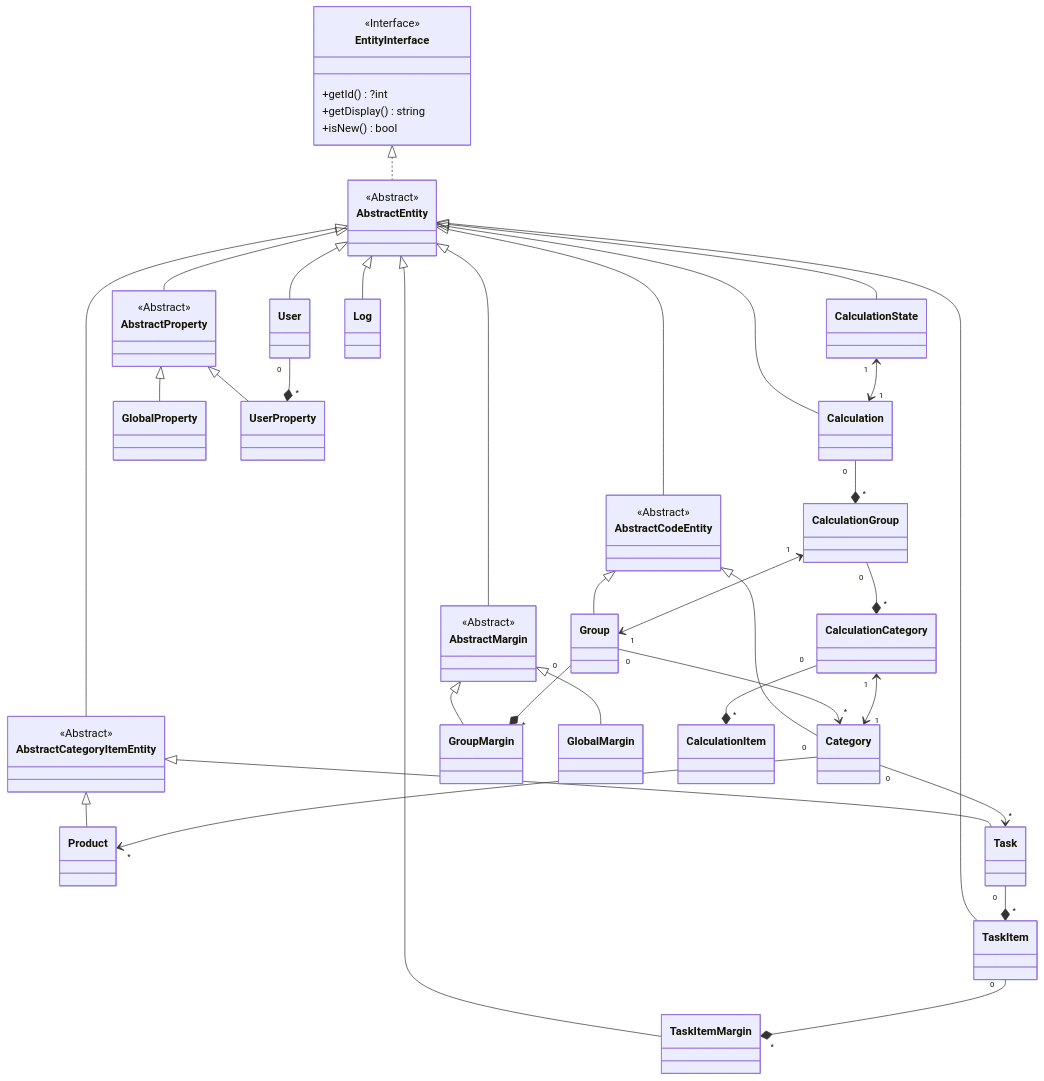
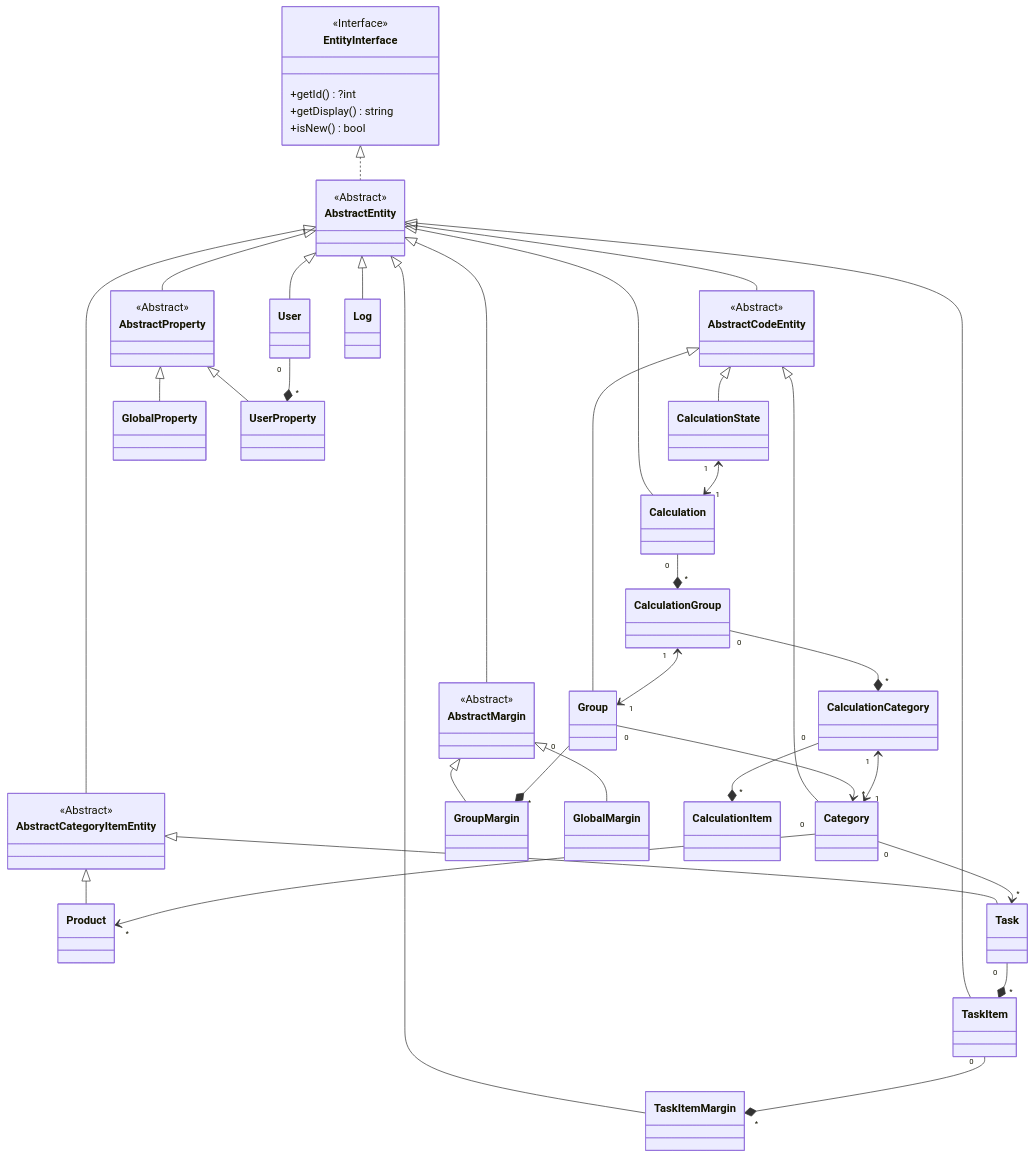
The diagram in resources/diagrams/entity_interface.mmd (laurentmuller/calculation), drawn with Mermaid before and after one commit. The commit also changed 20 other files, not shown here.

Commit message:
Updated diagram script.

```diff
--- a/resources/diagrams/entity_interface.mmd
+++ b/resources/diagrams/entity_interface.mmd
@@ -1,86 +1,86 @@
 ---
 title: <Relations>
 ---
 classDiagram
 
     class EntityInterface {
         <<Interface>>
         +getId() ?int
         +getDisplay() string
         +isNew() bool
     }
 
     class AbstractEntity {
         <<Abstract>>
     }
 
     class AbstractCategoryItemEntity {
         <<Abstract>>
     }
 
     class AbstractCodeEntity {
         <<Abstract>>
     }
 
     class AbstractProperty {
         <<Abstract>>
     }
 
     class AbstractMargin {
         <<Abstract>>
     }
 
     EntityInterface <|.. AbstractEntity
 
     AbstractEntity <|-- AbstractCategoryItemEntity
     AbstractEntity <|-- AbstractMargin
     AbstractEntity <|-- User
     AbstractEntity <|-- AbstractCodeEntity
     AbstractEntity <|-- TaskItem
     AbstractEntity <|-- TaskItemMargin
     AbstractEntity <|-- AbstractProperty
-    AbstractEntity <|-- CalculationState
     AbstractEntity <|-- Calculation
     AbstractEntity <|-- Log
 
     AbstractCodeEntity <|-- Group
     AbstractCodeEntity <|-- Category
+    AbstractCodeEntity <|-- CalculationState
 
     AbstractProperty <|-- GlobalProperty
     AbstractProperty <|-- UserProperty
 
     AbstractMargin <|-- GroupMargin
     AbstractMargin <|-- GlobalMargin
 
     AbstractCategoryItemEntity <|-- Product
     AbstractCategoryItemEntity <|-- Task
 
     User "0" --* "*" UserProperty
     Group "0" --* "*" GroupMargin
     Group "0" --> "*" Category
     Category "0" --> "*" Product
     Category "0" --> "*" Task
     Task "0" --* "*" TaskItem
     TaskItem "0" --* "*" TaskItemMargin
 
     Calculation "0" --* "*" CalculationGroup
     CalculationGroup "0" --* "*" CalculationCategory
     CalculationCategory "0" --* "*" CalculationItem
     CalculationState "1" <--> "1" Calculation
     CalculationGroup "1" <--> "1" Group
     CalculationCategory "1" <--> "1" Category
 
     click AbstractEntity call nodeCallback()
     click AbstractMargin call nodeCallback()
     click AbstractProperty call nodeCallback()
     click Calculation call nodeCallback()
     click CalculationState call nodeCallback()
     click AbstractCodeEntity call nodeCallback()
     click Category call nodeCallback()
     click Group call nodeCallback()
     click Product call nodeCallback()
     click Task call nodeCallback()
     click User call nodeCallback()
     click GlobalMargin call nodeCallback()
     click AbstractCategoryItemEntity call nodeCallback()
     click Log call nodeCallback()
```
